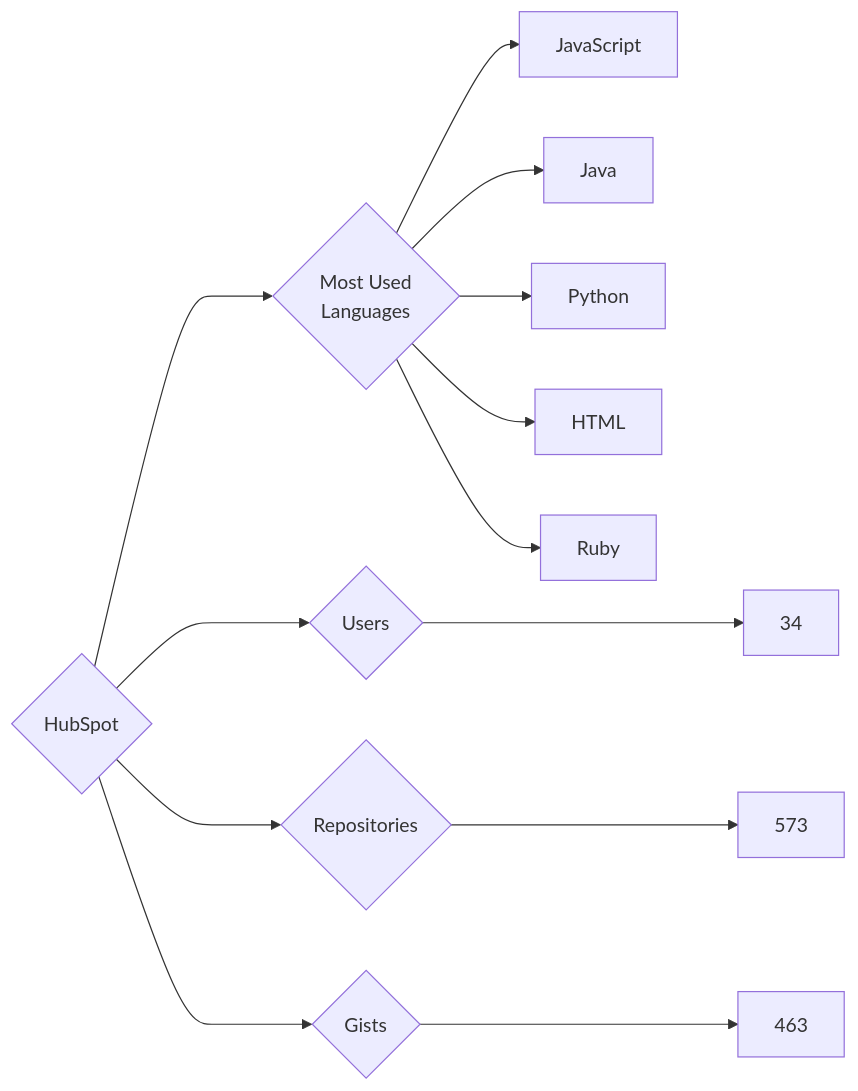
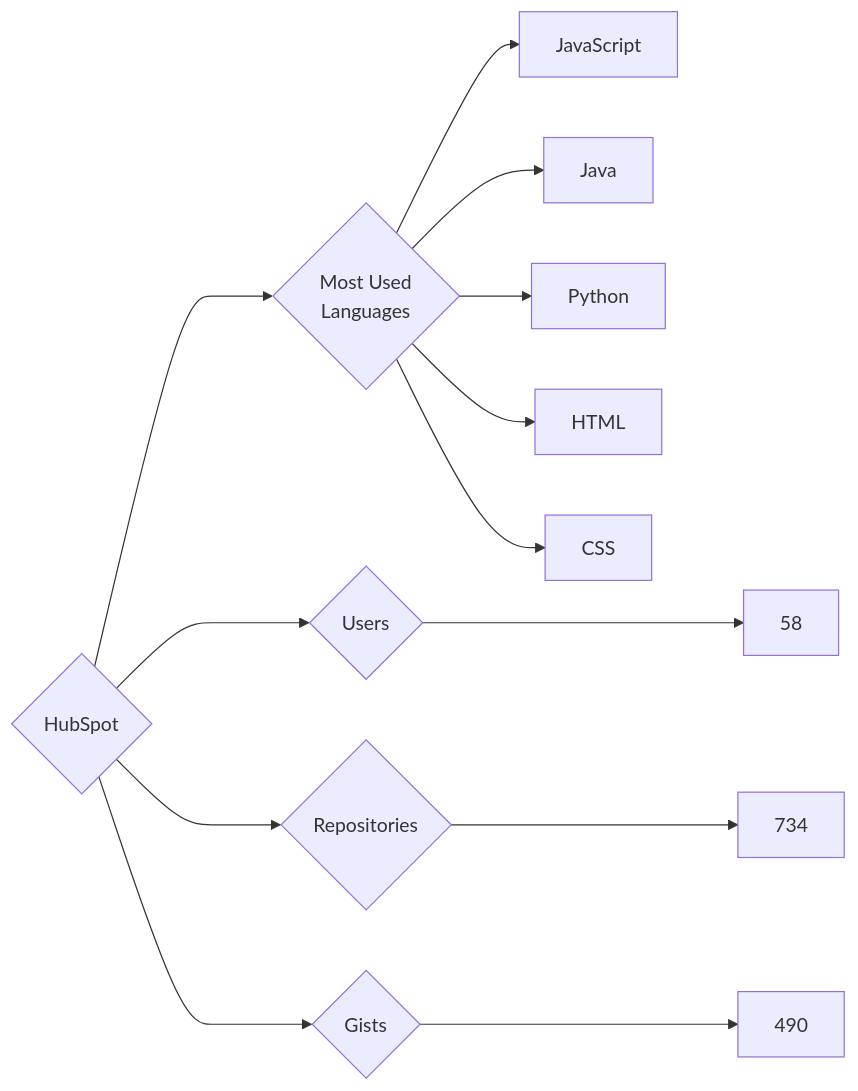
One commit to trickest/insiders changed the diagram in targets/HubSpot/README.md. Above: the diagram before and after it, drawn with Mermaid. The commit also changed 951 other files, not shown here.

````diff
--- a/targets/HubSpot/README.md
+++ b/targets/HubSpot/README.md
@@ -3,13 +3,13 @@
 ```mermaid
 graph LR
 COMPANY_NAME{HubSpot}
-COMPANY_NAME ---> U{Users} ---> UN[34]
-COMPANY_NAME ---> R{Repositories} ---> RN[573]
-COMPANY_NAME ---> G{Gists} ---> GN[463]
+COMPANY_NAME ---> U{Users} ---> UN[58]
+COMPANY_NAME ---> R{Repositories} ---> RN[734]
+COMPANY_NAME ---> G{Gists} ---> GN[490]
 COMPANY_NAME ---> ML{Most Used<br>Languages}
 ML --> JavaScript[JavaScript]
 ML --> Java[Java]
 ML --> Python[Python]
 ML --> HTML[HTML]
-ML --> Ruby[Ruby]
+ML --> CSS[CSS]
 ```
````
